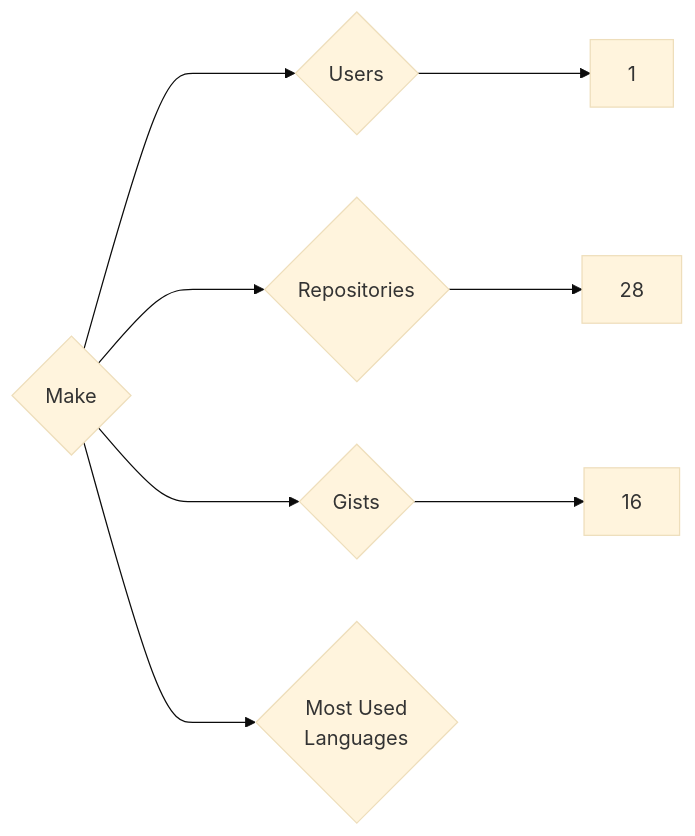
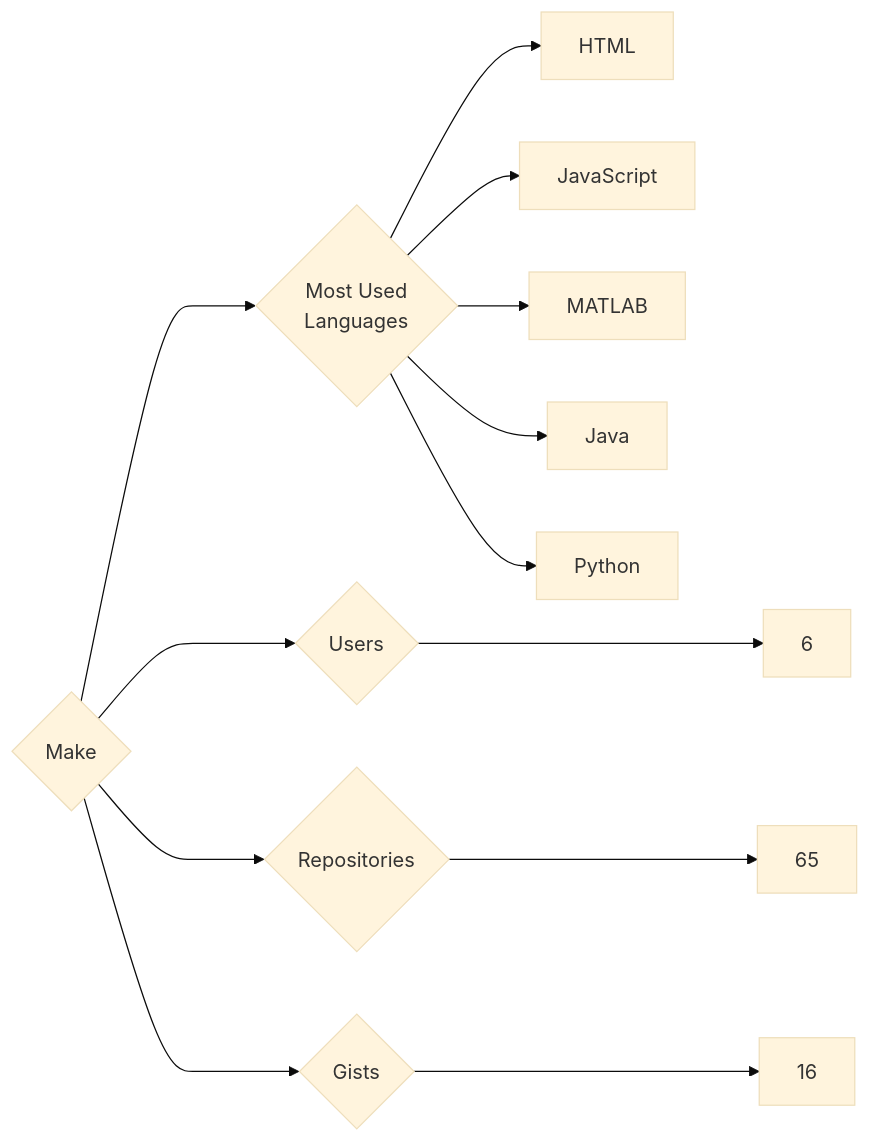
The diagram in targets/Make/README.md (trickest/insiders), drawn with Mermaid (base theme) before and after one commit. The commit also changed 1696 other files, not shown here.

````diff
--- a/targets/Make/README.md
+++ b/targets/Make/README.md
@@ -3,8 +3,13 @@
 ```mermaid
 graph LR
 COMPANY_NAME{Make}
-COMPANY_NAME ---> U{Users} ---> UN[1]
-COMPANY_NAME ---> R{Repositories} ---> RN[28]
+COMPANY_NAME ---> U{Users} ---> UN[6]
+COMPANY_NAME ---> R{Repositories} ---> RN[65]
 COMPANY_NAME ---> G{Gists} ---> GN[16]
 COMPANY_NAME ---> ML{Most Used<br>Languages}
+ML --> HTML[HTML]
+ML --> JavaScript[JavaScript]
+ML --> MATLAB[MATLAB]
+ML --> Java[Java]
+ML --> Python[Python]
 ```
````
